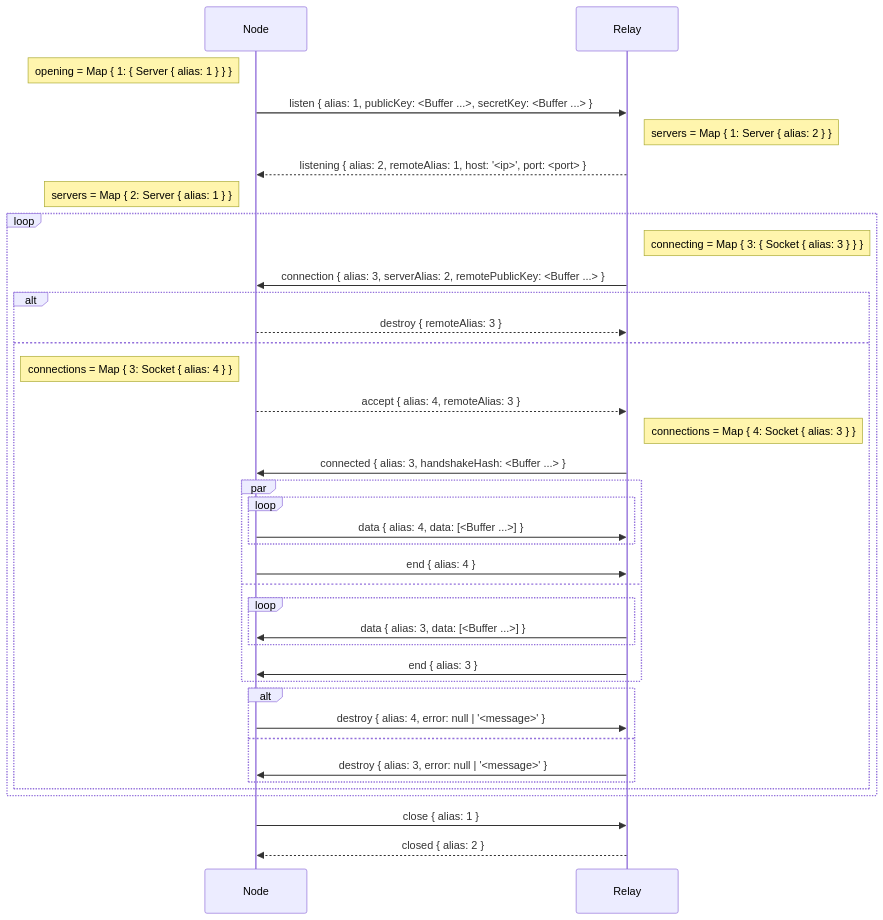
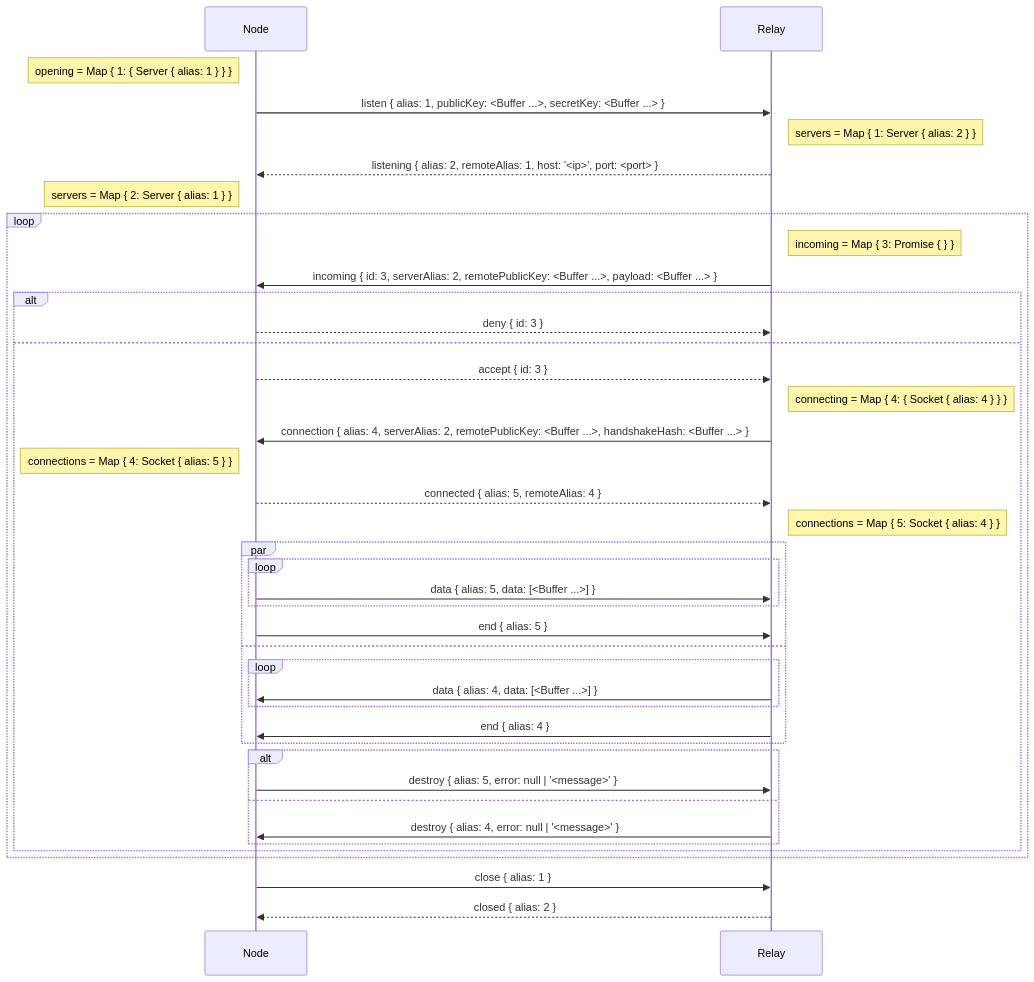
The diagram in media/diagrams/create-server.mmd (holepunchto/hyperswarm-dht-relay), drawn with Mermaid before and after one commit. The commit also changed 12 other files, not shown here.

```diff
--- a/media/diagrams/create-server.mmd
+++ b/media/diagrams/create-server.mmd
@@ -1,55 +1,59 @@
 sequenceDiagram
   participant N as Node
   participant R as Relay
 
   note left of N: opening = Map { 1: { Server { alias: 1 } } }
 
   N->>R: listen { alias: 1, publicKey: <Buffer ...>, secretKey: <Buffer ...> }
 
   note right of R: servers = Map { 1: Server { alias: 2 } }
 
   R-->>N: listening { alias: 2, remoteAlias: 1, host: '<ip>', port: <port> }
 
   note left of N: servers = Map { 2: Server { alias: 1 } }
 
   loop
-    note right of R: connecting = Map { 3: { Socket { alias: 3 } } }
+    note right of R: incoming = Map { 3: Promise { } }
 
-    R->>N: connection { alias: 3, serverAlias: 2, remotePublicKey: <Buffer ...> }
+    R->>N: incoming { id: 3, serverAlias: 2, remotePublicKey: <Buffer ...>, payload: <Buffer ...> }
 
     alt
-      N-->>R: destroy { remoteAlias: 3 }
+      N-->>R: deny { id: 3 }
     else
-      note left of N: connections = Map { 3: Socket { alias: 4 } }
+      N-->>R: accept { id: 3 }
 
-      N-->>R: accept { alias: 4, remoteAlias: 3 }
+      note right of R: connecting = Map { 4: { Socket { alias: 4 } } }
 
-      note right of R: connections = Map { 4: Socket { alias: 3 } }
+      R->>N: connection { alias: 4, serverAlias: 2, remotePublicKey: <Buffer ...>, handshakeHash: <Buffer ...> }
 
-      R->>N: connected { alias: 3, handshakeHash: <Buffer ...> }
+      note left of N: connections = Map { 4: Socket { alias: 5 } }
+
+      N-->>R: connected { alias: 5, remoteAlias: 4 }
+
+      note right of R: connections = Map { 5: Socket { alias: 4 } }
 
       par
         loop
-          N->>R: data { alias: 4, data: [<Buffer ...>] }
+          N->>R: data { alias: 5, data: [<Buffer ...>] }
         end
 
-        N->>R: end { alias: 4 }
+        N->>R: end { alias: 5 }
       and
         loop
-          R->>N: data { alias: 3, data: [<Buffer ...>] }
+          R->>N: data { alias: 4, data: [<Buffer ...>] }
         end
 
-        R->>N: end { alias: 3 }
+        R->>N: end { alias: 4 }
       end
 
       alt
-        N->>R: destroy { alias: 4, error: null | '<message>' }
+        N->>R: destroy { alias: 5, error: null | '<message>' }
       else
-        R->>N: destroy { alias: 3, error: null | '<message>' }
+        R->>N: destroy { alias: 4, error: null | '<message>' }
       end
     end
   end
 
   N->>R: close { alias: 1 }
 
   R-->>N: closed { alias: 2 }
```
